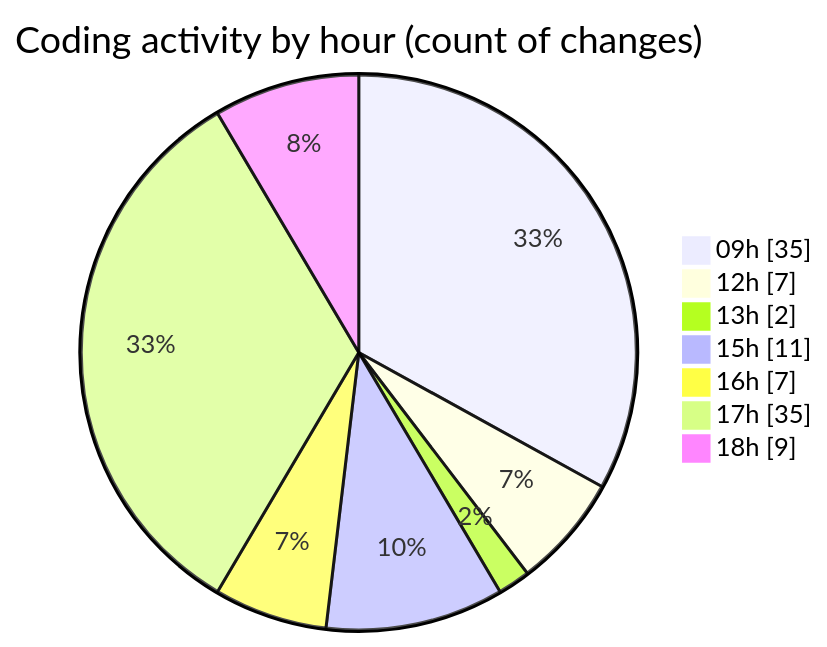
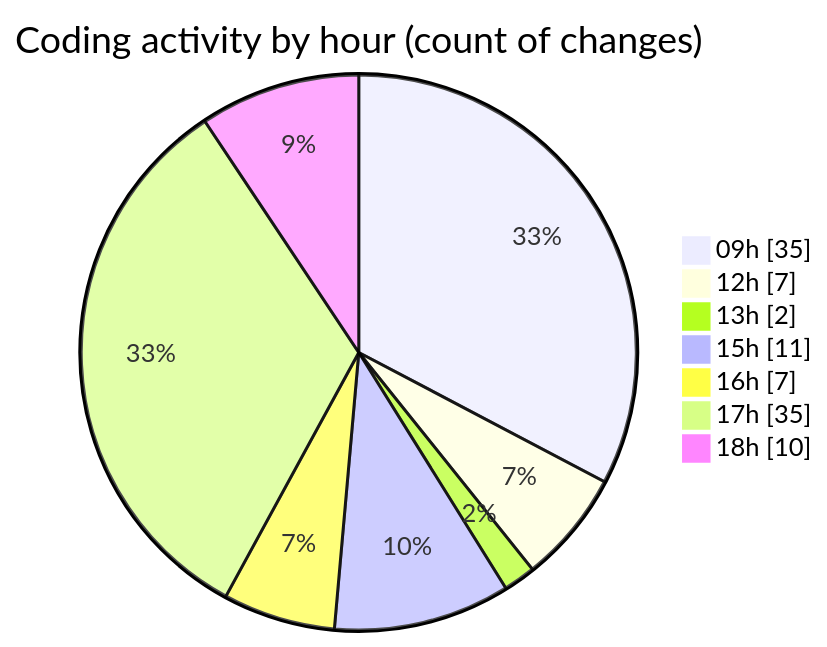
One commit to momahboobian/code-tracking changed the second of 2 diagrams in 2026-06-11/cda/README.md. Above: the diagram before and after it, drawn with Mermaid. The commit also changed other lines of this file and 1 other file, not shown here.

````diff
--- a/2026-06-11/cda/README.md
+++ b/2026-06-11/cda/README.md
@@ -70,11 +70,11 @@
 ```mermaid
 pie showData
 title Coding activity by hour (count of changes)
 "09h" : 35
 "12h" : 7
 "13h" : 2
 "15h" : 11
 "16h" : 7
 "17h" : 35
-"18h" : 9
+"18h" : 10
 ```
````
